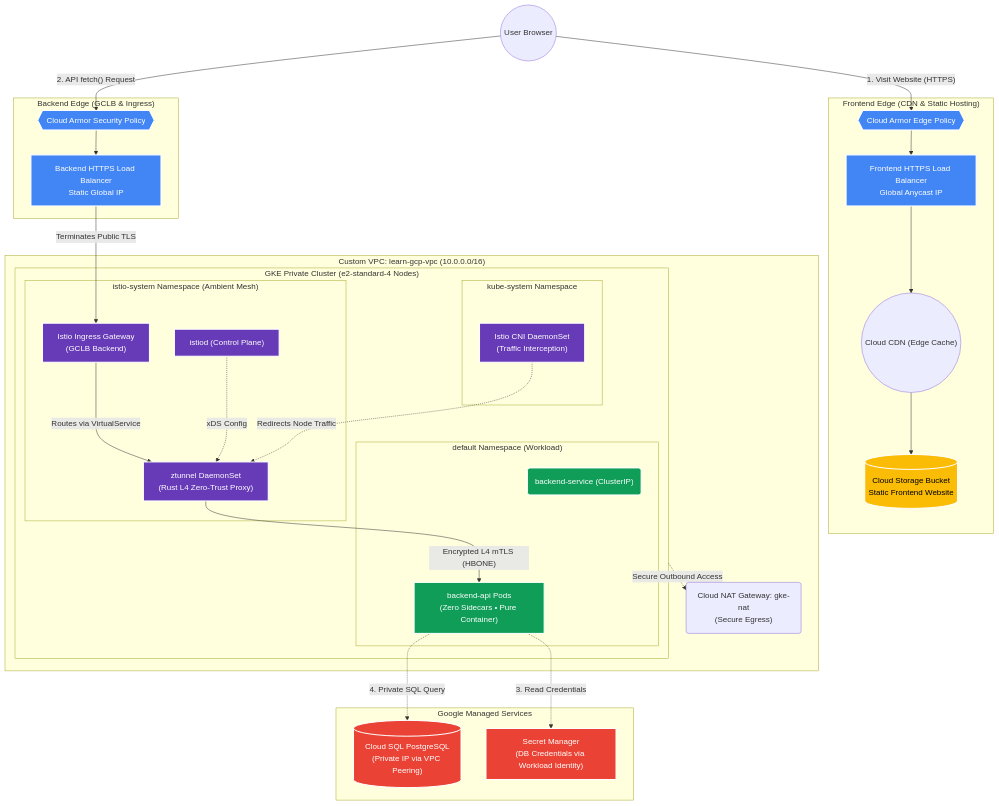
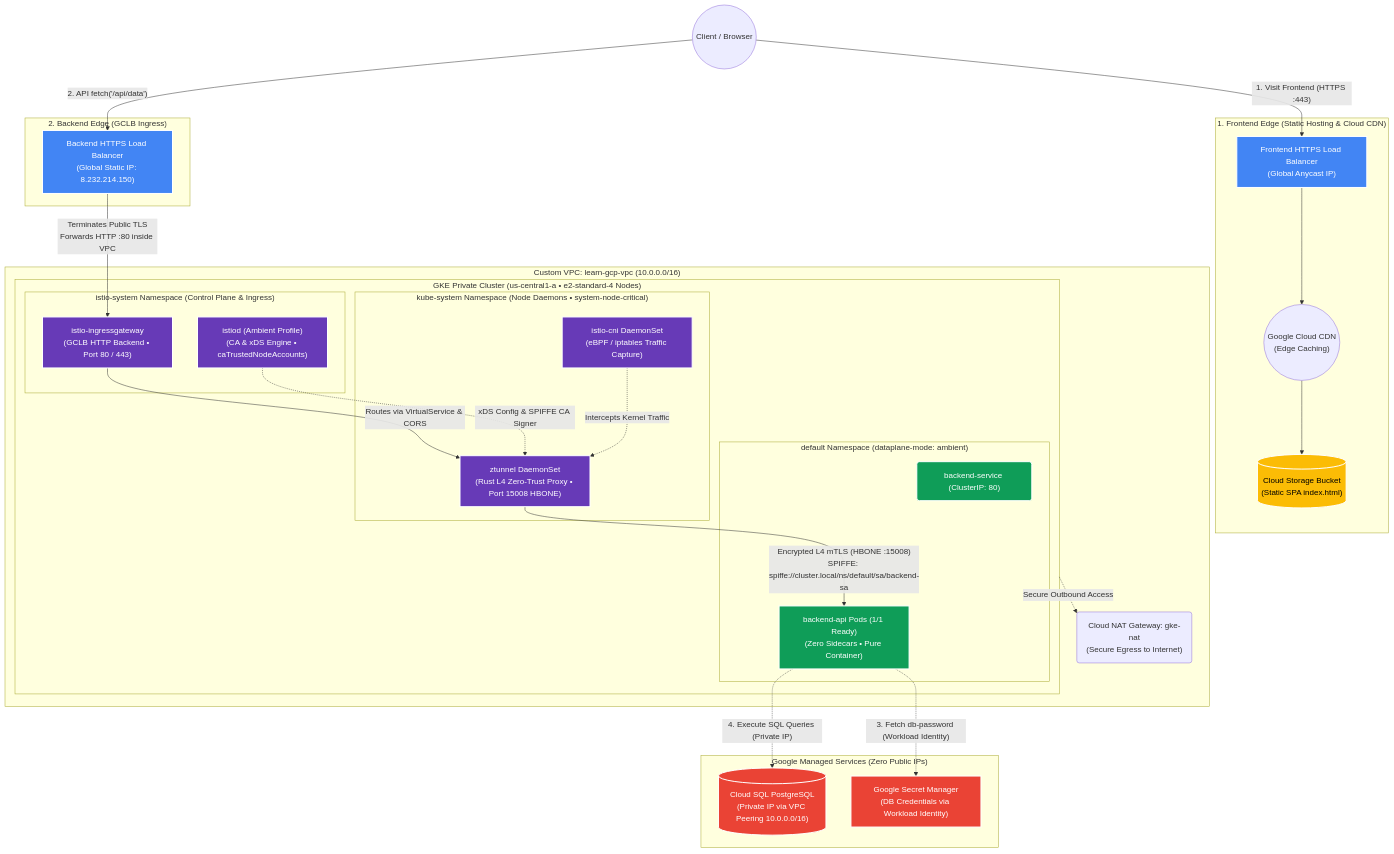
The first of 2 diagrams in README.md (chaitanya-sharmaa/gcp), drawn with Mermaid before and after one commit. The commit also changed other lines of this file, not shown here.

Commit message:
Update README and architecture diagrams with detailed Istio Ambient Mesh request lifecycle

````diff
--- a/README.md
+++ b/README.md
@@ -9,81 +9,77 @@
 ```mermaid
 graph TD
-    User((User Browser))
+    User((Client / Browser))
 
-    subgraph FrontendEdge ["Frontend Edge (CDN & Static Hosting)"]
-        WAF1{{"Cloud Armor Edge Policy"}}
-        FLB["Frontend HTTPS Load Balancer<br/>Global Anycast IP"]
-        CDN(("Cloud CDN (Edge Cache)"))
-        Bucket[("Cloud Storage Bucket<br/>Static Frontend Website")]
+    subgraph FrontendEdge ["1. Frontend Edge (Static Hosting & Cloud CDN)"]
+        FLB["Frontend HTTPS Load Balancer<br/>(Global Anycast IP)"]
+        CDN(("Google Cloud CDN<br/>(Edge Caching)"))
+        Bucket[("Cloud Storage Bucket<br/>(Static SPA index.html)")]
     end
 
-    subgraph BackendEdge ["Backend Edge (GCLB & Ingress)"]
-        WAF2{{"Cloud Armor Security Policy"}}
-        BLB["Backend HTTPS Load Balancer<br/>Static Global IP"]
+    subgraph BackendEdge ["2. Backend Edge (GCLB Ingress)"]
+        BLB["Backend HTTPS Load Balancer<br/>(Global Static IP: 8.232.214.150)"]
     end
 
     subgraph VPC ["Custom VPC: learn-gcp-vpc (10.0.0.0/16)"]
-        NAT("Cloud NAT Gateway: gke-nat<br/>(Secure Egress)")
+        NAT("Cloud NAT Gateway: gke-nat<br/>(Secure Egress to Internet)")
         
-        subgraph GKE ["GKE Private Cluster (e2-standard-4 Nodes)"]
+        subgraph GKE ["GKE Private Cluster (us-central1-a • e2-standard-4 Nodes)"]
             
-            subgraph KubeSystem ["kube-system Namespace"]
-                CNI["Istio CNI DaemonSet<br/>(Traffic Interception)"]
+            subgraph KubeSystem ["kube-system Namespace (Node Daemons • system-node-critical)"]
+                CNI["istio-cni DaemonSet<br/>(eBPF / iptables Traffic Capture)"]
+                ZTunnel["ztunnel DaemonSet<br/>(Rust L4 Zero-Trust Proxy • Port 15008 HBONE)"]
             end
 
-            subgraph IstioSystem ["istio-system Namespace (Ambient Mesh)"]
-                Istiod["istiod (Control Plane)"]
-                Gateway["Istio Ingress Gateway<br/>(GCLB Backend)"]
-                ZTunnel["ztunnel DaemonSet<br/>(Rust L4 Zero-Trust Proxy)"]
+            subgraph IstioSystem ["istio-system Namespace (Control Plane & Ingress)"]
+                Istiod["istiod (Ambient Profile)<br/>(CA & xDS Engine • caTrustedNodeAccounts)"]
+                Gateway["istio-ingressgateway<br/>(GCLB HTTP Backend • Port 80 / 443)"]
             end
 
-            subgraph DefaultNS ["default Namespace (Workload)"]
-                Service("backend-service (ClusterIP)")
-                Pods["backend-api Pods<br/>(Zero Sidecars • Pure Container)"]
+            subgraph DefaultNS ["default Namespace (dataplane-mode: ambient)"]
+                Service("backend-service (ClusterIP: 80)")
+                Pods["backend-api Pods (1/1 Ready)<br/>(Zero Sidecars • Pure Container)"]
             end
 
         end
     end
 
-    subgraph GoogleServices ["Google Managed Services"]
-        DB[("Cloud SQL PostgreSQL<br/>(Private IP via VPC Peering)")]
-        SM["Secret Manager<br/>(DB Credentials via Workload Identity)"]
+    subgraph GoogleServices ["Google Managed Services (Zero Public IPs)"]
+        DB[("Cloud SQL PostgreSQL<br/>(Private IP via VPC Peering 10.0.0.0/16)")]
+        SM["Google Secret Manager<br/>(DB Credentials via Workload Identity)"]
     end
 
     %% Flow 1: Frontend Website Loading
-    User -- "1. Visit Website (HTTPS)" --> WAF1
-    WAF1 --> FLB
+    User -- "1. Visit Frontend (HTTPS :443)" --> FLB
     FLB --> CDN
     CDN --> Bucket
 
     %% Flow 2: API Request
-    User -- "2. API fetch() Request" --> WAF2
-    WAF2 --> BLB
-    BLB -- "Terminates Public TLS" --> Gateway
-    Gateway -- "Routes via VirtualService" --> ZTunnel
-    ZTunnel -- "Encrypted L4 mTLS (HBONE)" --> Pods
+    User -- "2. API fetch('/api/data')" --> BLB
+    BLB -- "Terminates Public TLS<br/>Forwards HTTP :80 inside VPC" --> Gateway
+    Gateway -- "Routes via VirtualService & CORS" --> ZTunnel
+    ZTunnel -- "Encrypted L4 mTLS (HBONE :15008)<br/>SPIFFE: spiffe://cluster.local/ns/default/sa/backend-sa" --> Pods
 
-    %% Control Plane Stream
-    Istiod -. "xDS Config" .-> ZTunnel
-    CNI -. "Redirects Node Traffic" .-> ZTunnel
+    %% Control Plane & Node Daemon Orchestration
+    Istiod -. "xDS Config & SPIFFE CA Signer" .-> ZTunnel
+    CNI -. "Intercepts Kernel Traffic" .-> ZTunnel
 
     %% Flow 3: Security & DB Access
-    Pods -. "3. Read Credentials" .-> SM
-    Pods -. "4. Private SQL Query" .-> DB
+    Pods -. "3. Fetch db-password (Workload Identity)" .-> SM
+    Pods -. "4. Execute SQL Queries (Private IP)" .-> DB
 
-    %% Outbound
+    %% Outbound Internet
     GKE -. "Secure Outbound Access" .-> NAT
 
     %% Styling
     classDef edge fill:#4285F4,stroke:#fff,stroke-width:2px,color:#fff;
     classDef mesh fill:#673AB7,stroke:#fff,stroke-width:2px,color:#fff;
     classDef compute fill:#0F9D58,stroke:#fff,stroke-width:2px,color:#fff;
     classDef db fill:#EA4335,stroke:#fff,stroke-width:2px,color:#fff;
     classDef storage fill:#FBBC05,stroke:#fff,stroke-width:2px,color:#000;
     
-    class FLB,BLB,WAF1,WAF2 edge;
+    class FLB,BLB edge;
     class Istiod,Gateway,ZTunnel,CNI mesh;
     class Pods,Service compute;
     class DB,SM db;
     class Bucket storage;
 ```
````
